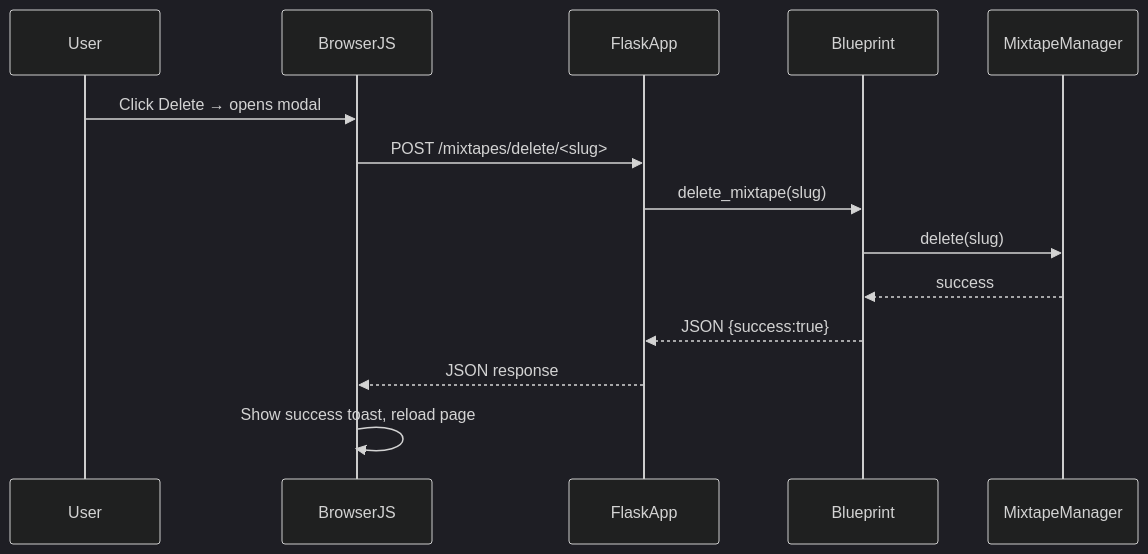
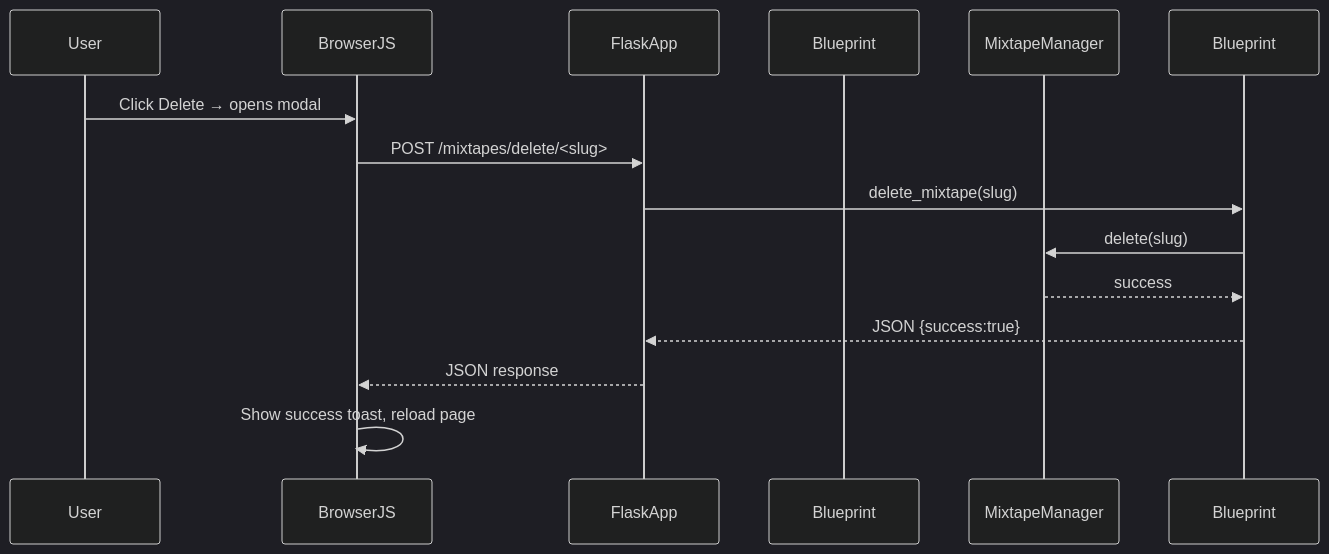
The third of 3 diagrams in docs/development/routes/browse_mixtapes.md (mark-me/mixtape-society), drawn with Mermaid (dark theme) before and after one commit. The commit also changed other lines of this file, not shown here.

````diff
--- a/docs/development/routes/browse_mixtapes.md
+++ b/docs/development/routes/browse_mixtapes.md
@@ -182,17 +335,17 @@
 ```mermaid
 sequenceDiagram
     participant User
     participant BrowserJS
     participant FlaskApp
     participant browse_mixtapes as Blueprint
     participant MixtapeManager
 
     User->>BrowserJS: Click Delete → opens modal
     BrowserJS->>FlaskApp: POST /mixtapes/delete/<slug>
-    FlaskApp->>browse_mixtapes: delete_mixtape(slug)
-    browse_mixtapes->>MixtapeManager: delete(slug)
-    MixtapeManager-->>browse_mixtapes: success
-    browse_mixtapes-->>FlaskApp: JSON {success:true}
+    FlaskApp->>Blueprint: delete_mixtape(slug)
+    Blueprint->>MixtapeManager: delete(slug)
+    MixtapeManager-->>Blueprint: success
+    Blueprint-->>FlaskApp: JSON {success:true}
     FlaskApp-->>BrowserJS: JSON response
     BrowserJS->>BrowserJS: Show success toast, reload page
 ```
````
